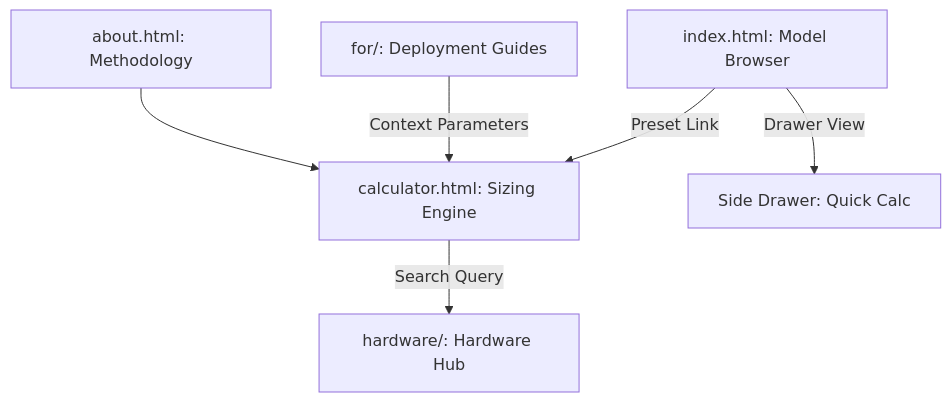
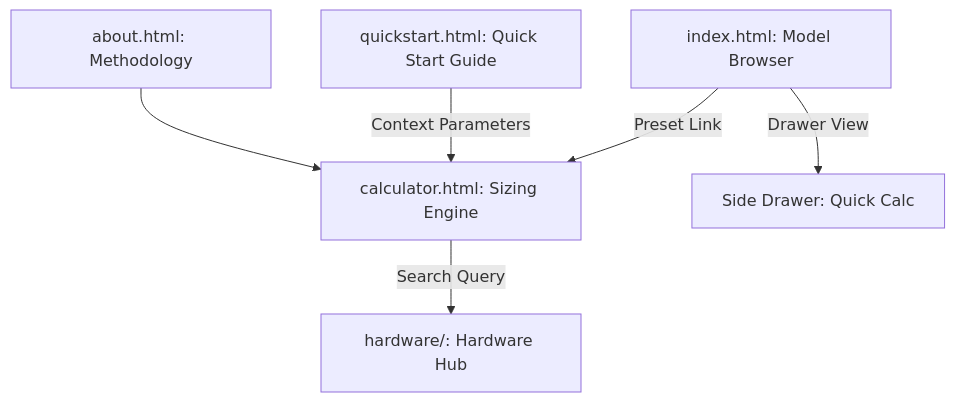
The diagram in project_memory_bank/core/system_overview.md (xullnn/llm_computing_resource_est), drawn with Mermaid before and after one commit. The commit also changed other lines of this file and 28 other files, not shown here.

Commit message:
feat: Add quick start guide and new vendor logos, remove old guide pages and unused assets, and update landing content.

````diff
--- a/project_memory_bank/core/system_overview.md
+++ b/project_memory_bank/core/system_overview.md
@@ -13,8 +13,8 @@
 ```mermaid
 graph TD
     A[index.html: Model Browser] -->|Preset Link| B[calculator.html: Sizing Engine]
     A -->|Drawer View| F[Side Drawer: Quick Calc]
     B -->|Search Query| C[hardware/: Hardware Hub]
-    D[for/: Deployment Guides] -->|Context Parameters| B
+    D[quickstart.html: Quick Start Guide] -->|Context Parameters| B
     E[about.html: Methodology] --> B
 ```
````
